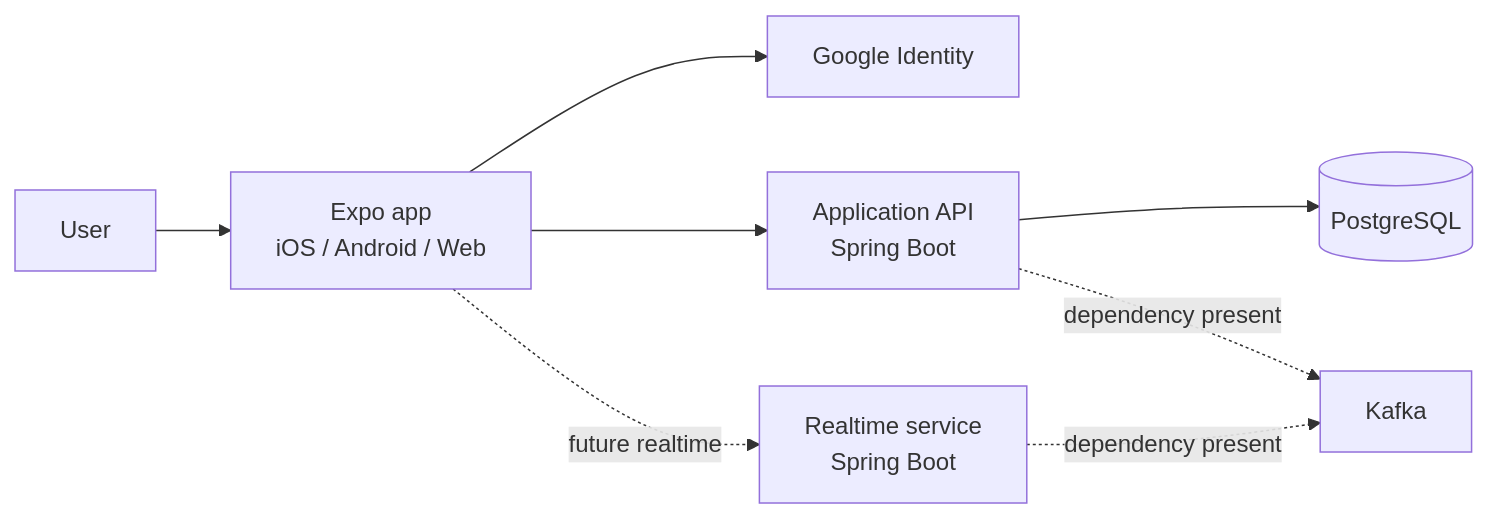
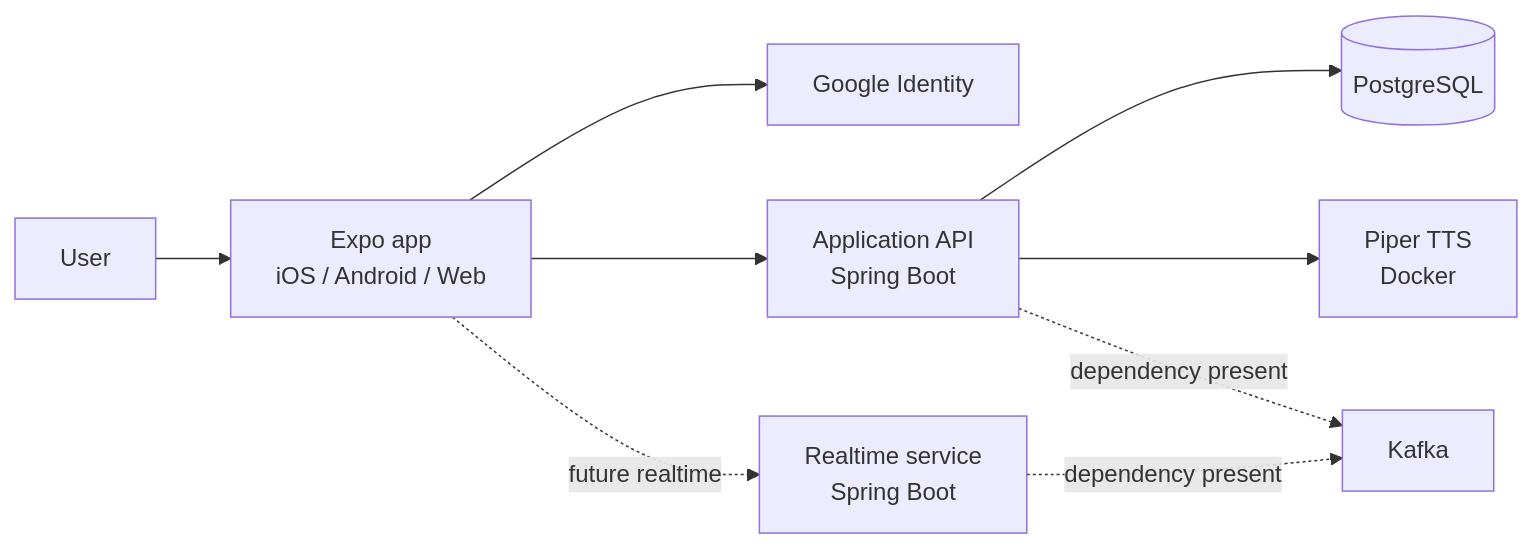
Before and after one commit to WalkAround-Proiect-Colectiv/WalkAround: the first of 2 diagrams in README.md, drawn with Mermaid. The commit also changed other lines of this file and 37 other files, not shown here.

````diff
--- a/README.md
+++ b/README.md
@@ -9,10 +9,11 @@
 ```mermaid
 flowchart LR
 	User --> App["Expo app<br/>iOS / Android / Web"]
 	App --> Google["Google Identity"]
 	App --> API["Application API<br/>Spring Boot"]
 	API --> DB[("PostgreSQL")]
+	API --> Piper["Piper TTS<br/>Docker"]
 	App -. future realtime .-> Realtime["Realtime service<br/>Spring Boot"]
 	API -. dependency present .-> Kafka
 	Realtime -. dependency present .-> Kafka
 ```
````
